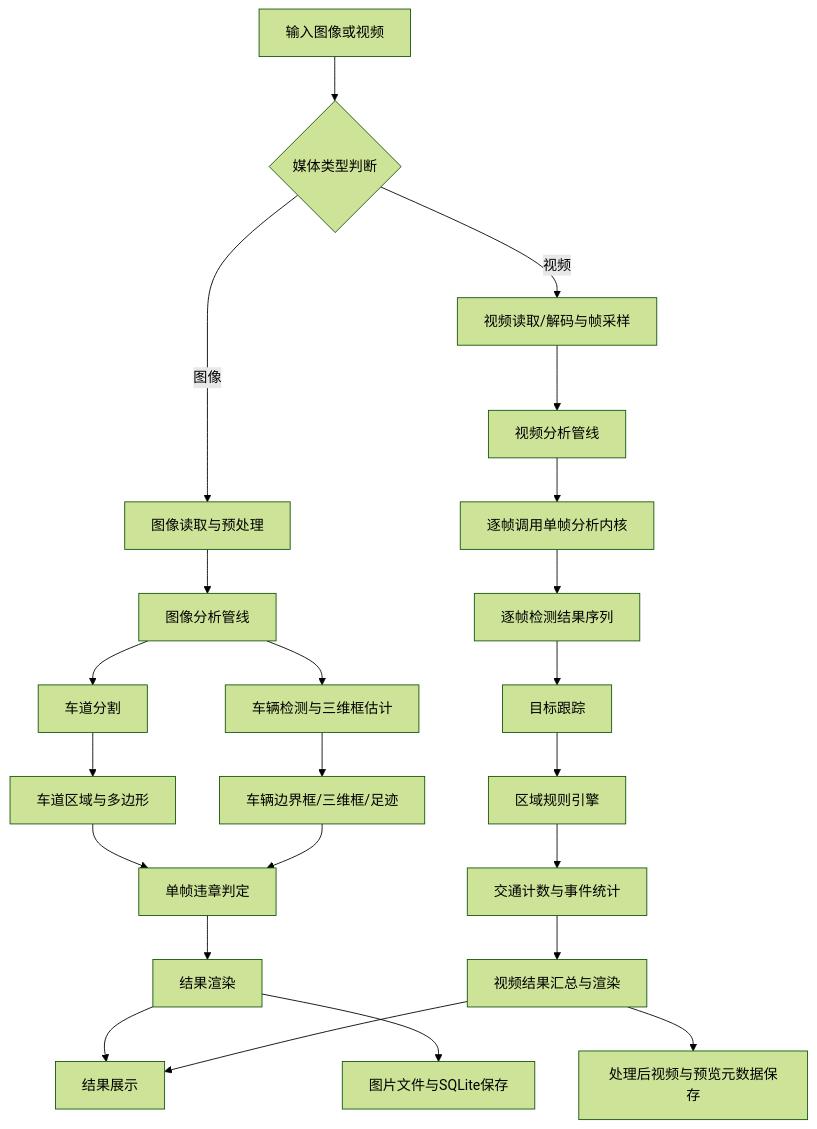
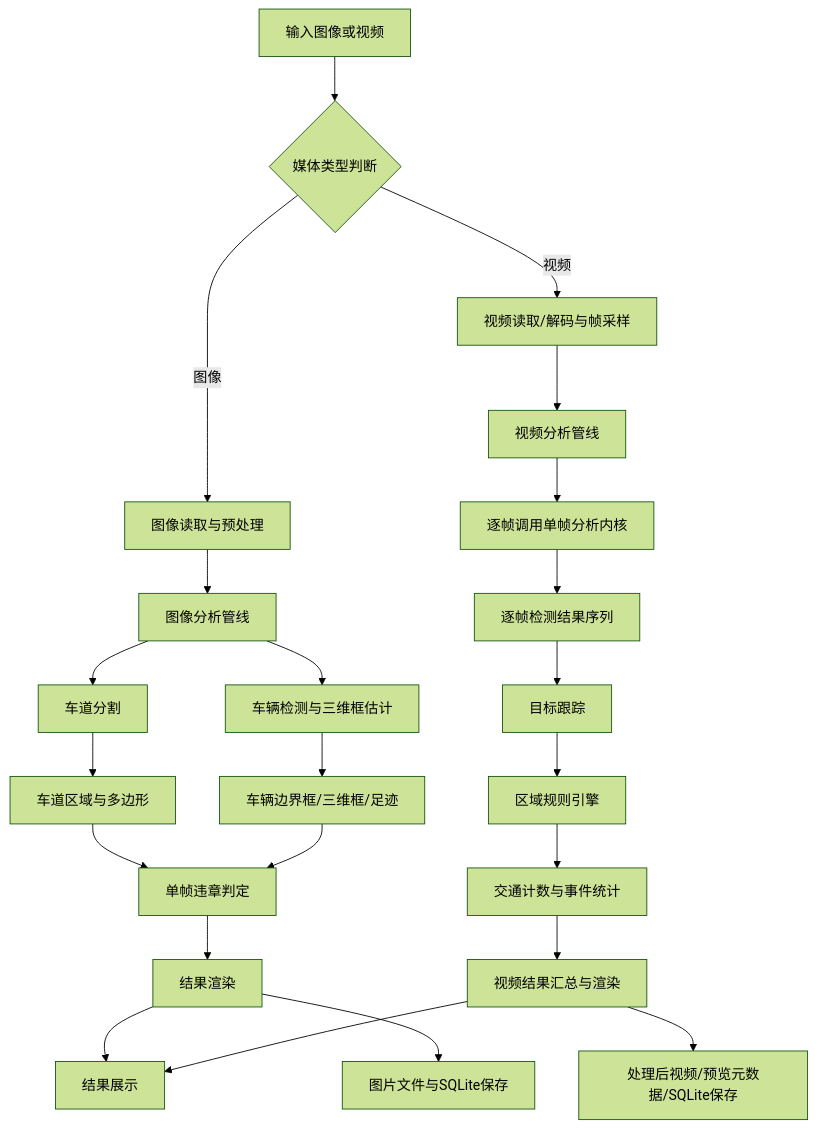
The third of 4 diagrams in thesis/chapter4_system_architecture_cn.md (yuhaolin-10/TrafficScan-Deep3DBox), drawn with Mermaid (forest theme) before and after one commit. The commit also changed other lines of this file and 14 other files, not shown here.

````diff
--- a/thesis/chapter4_system_architecture_cn.md
+++ b/thesis/chapter4_system_architecture_cn.md
@@ -100,28 +101,28 @@
 ```mermaid
 flowchart TD
     A[输入图像或视频] --> B{媒体类型判断}
 
     B -->|图像| C[图像读取与预处理]
     B -->|视频| D[视频读取/解码与帧采样]
 
     C --> E[图像分析管线]
     E --> F[车道分割]
     E --> G[车辆检测与三维框估计]
     F --> H[车道区域与多边形]
     G --> I[车辆边界框/三维框/足迹]
     H --> J[单帧违章判定]
     I --> J
     J --> K[结果渲染]
     K --> L[结果展示]
     K --> M[图片文件与SQLite保存]
 
     D --> N[视频分析管线]
     N --> O[逐帧调用单帧分析内核]
     O --> P[逐帧检测结果序列]
     P --> Q[目标跟踪]
     Q --> R[区域规则引擎]
     R --> S[交通计数与事件统计]
     S --> T[视频结果汇总与渲染]
     T --> L
-    T --> U[处理后视频与预览元数据保存]
+    T --> U[处理后视频/预览元数据/SQLite保存]
 ```
````
